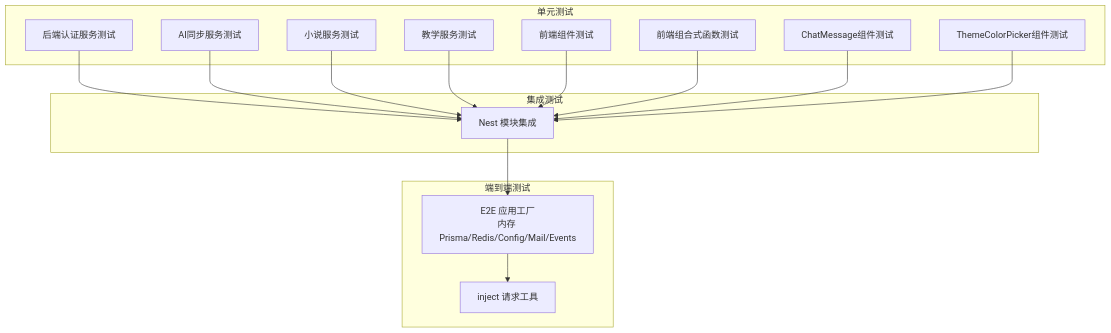
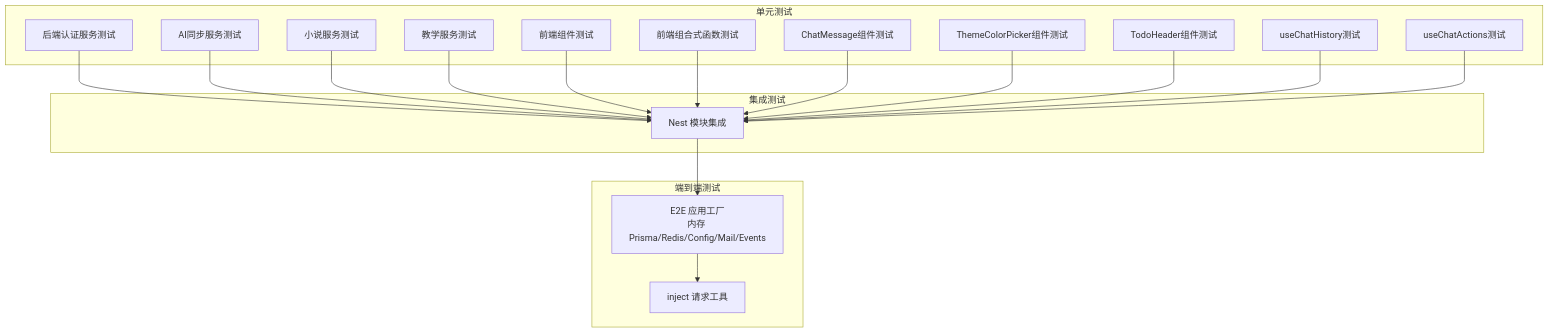
The second of 13 diagrams in .qoder/repowiki/zh/content/开发指南/测试策略与实践.md (xixixiaoyu/Todo), drawn with Mermaid before and after one commit. The commit also changed other lines of this file and 4 other files, not shown here.

````diff
--- a/.qoder/repowiki/zh/content/开发指南/测试策略与实践.md
+++ b/.qoder/repowiki/zh/content/开发指南/测试策略与实践.md
@@ -151,30 +159,36 @@
 ```mermaid
 graph TB
 subgraph "单元测试"
 U_AUTH["后端认证服务测试"]
 U_AI_SYNC["AI同步服务测试"]
 U_NOVEL["小说服务测试"]
 U_TEACHING["教学服务测试"]
 U_FE_COMP["前端组件测试"]
 U_FE_COMPOSABLE["前端组合式函数测试"]
 U_CHAT_MESSAGE["ChatMessage组件测试"]
 U_THEME_PICKER["ThemeColorPicker组件测试"]
+U_TODO_HEADER["TodoHeader组件测试"]
+U_CHAT_HISTORY["useChatHistory测试"]
+U_CHAT_ACTIONS["useChatActions测试"]
 end
 subgraph "集成测试"
 I_NEST["Nest 模块集成"]
 end
 subgraph "端到端测试"
 E_APP["E2E 应用工厂<br/>内存 Prisma/Redis/Config/Mail/Events"]
 E_REQ["inject 请求工具"]
 end
 U_AUTH --> I_NEST
 U_AI_SYNC --> I_NEST
 U_NOVEL --> I_NEST
 U_TEACHING --> I_NEST
 U_FE_COMP --> I_NEST
 U_FE_COMPOSABLE --> I_NEST
 U_CHAT_MESSAGE --> I_NEST
 U_THEME_PICKER --> I_NEST
+U_TODO_HEADER --> I_NEST
+U_CHAT_HISTORY --> I_NEST
+U_CHAT_ACTIONS --> I_NEST
 I_NEST --> E_APP
 E_APP --> E_REQ
 ```
````
